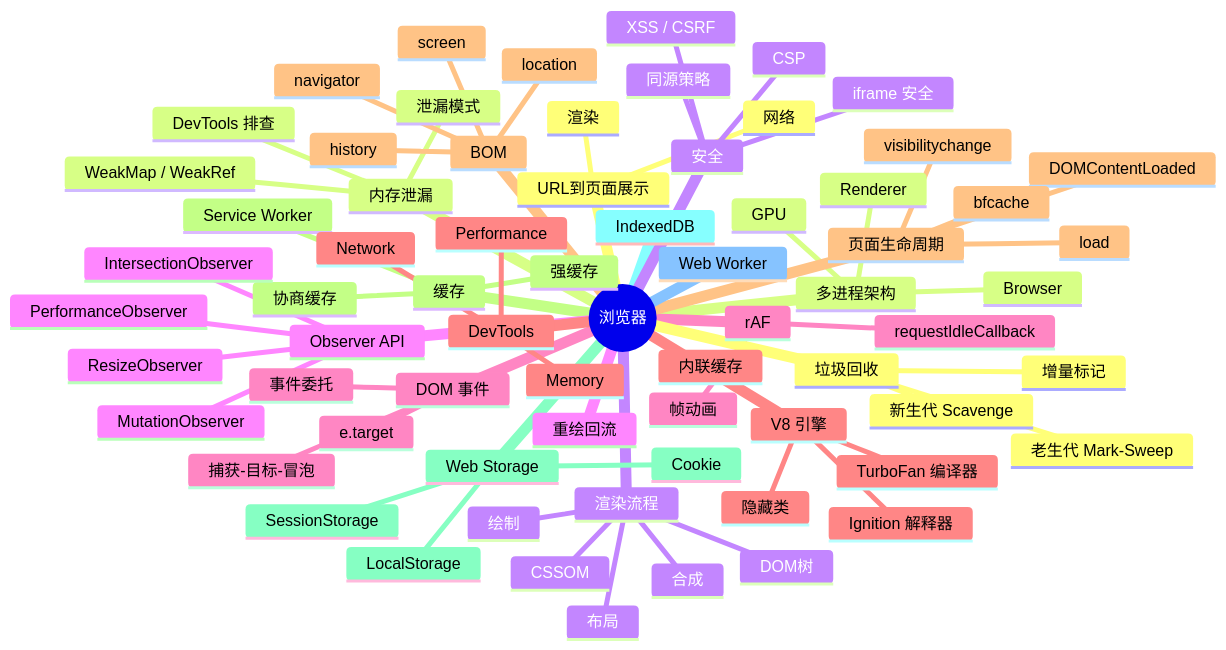
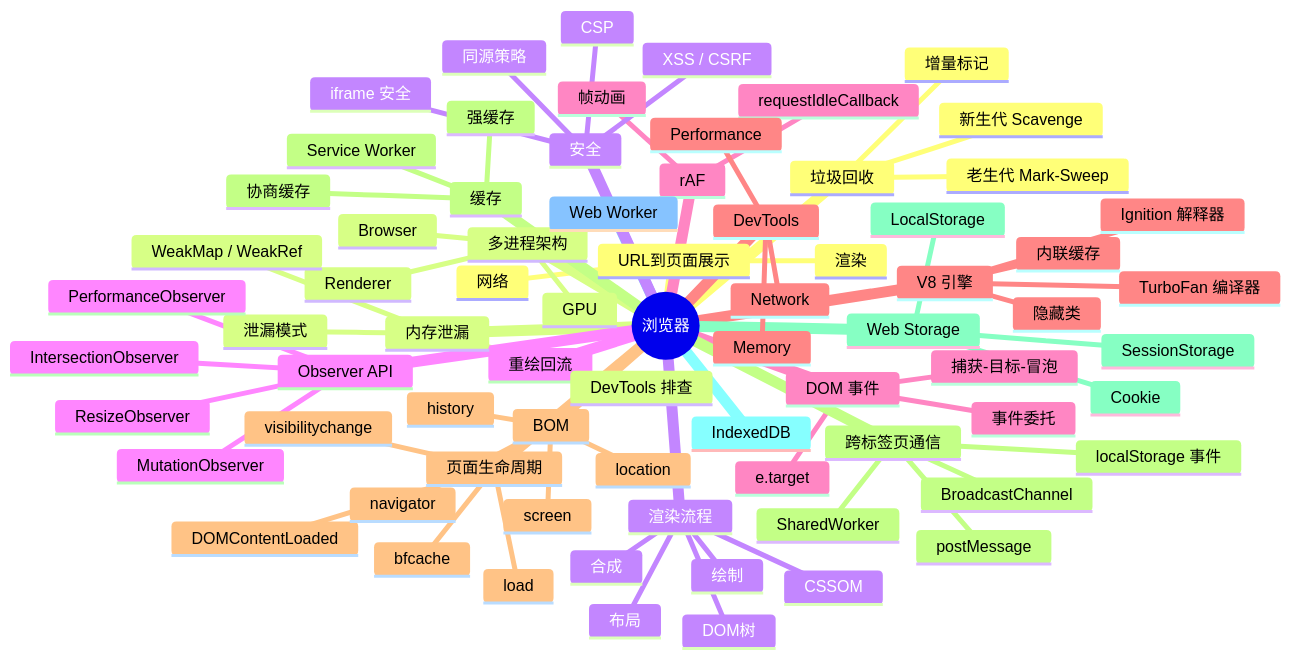
One commit to zjh42139/interview-notes changed the diagram in docs/浏览器/index.md. Above: the diagram before and after it, drawn with Mermaid. The commit also changed other lines of this file and 54 other files, not shown here.

````diff
--- a/docs/浏览器/index.md
+++ b/docs/浏览器/index.md
@@ -9,72 +9,77 @@
 ```mermaid
 mindmap
   root((浏览器))
     URL到页面展示
       网络
       渲染
     多进程架构
       Browser
       Renderer
       GPU
     渲染流程
       DOM树
       CSSOM
       布局
       绘制
       合成
     重绘回流
     rAF
       帧动画
       requestIdleCallback
     V8 引擎
       Ignition 解释器
       TurboFan 编译器
       隐藏类
       内联缓存
     页面生命周期
       DOMContentLoaded
       load
       visibilitychange
       bfcache
     缓存
       强缓存
       协商缓存
       Service Worker
     Web Storage
       Cookie
       LocalStorage
       SessionStorage
     IndexedDB
     Web Worker
     垃圾回收
       新生代 Scavenge
       老生代 Mark-Sweep
       增量标记
     内存泄漏
       泄漏模式
       WeakMap / WeakRef
       DevTools 排查
     安全
       同源策略
       XSS / CSRF
       CSP
       iframe 安全
     Observer API
       MutationObserver
       IntersectionObserver
       ResizeObserver
       PerformanceObserver
     DOM 事件
       捕获-目标-冒泡
       事件委托
       e.target
     DevTools
       Performance
       Memory
       Network
     BOM
       navigator
       screen
       location
       history
+    跨标签页通信
+      BroadcastChannel
+      postMessage
+      localStorage 事件
+      SharedWorker
 ```
````
